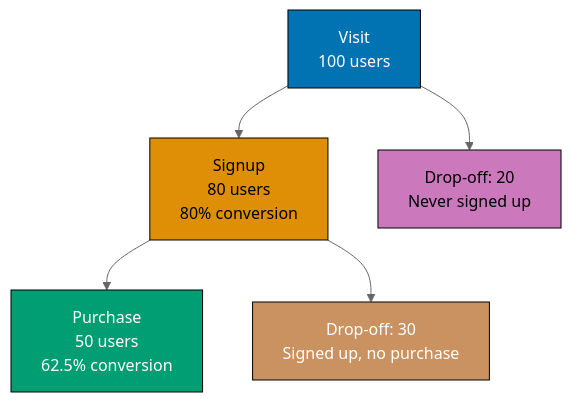
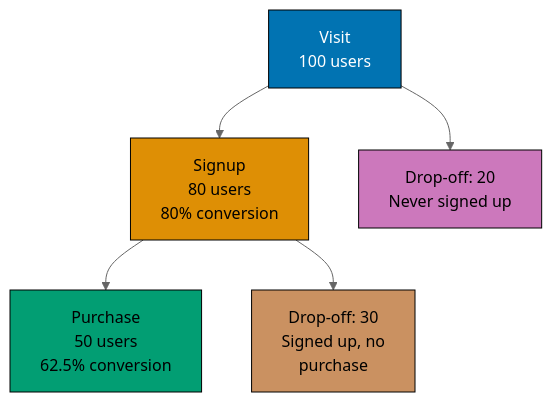
One commit to wahidyankf/ose-public changed the third of 10 diagrams in apps/ayokoding-www/content/en/learn/legacy/software-engineering/data/databases/sql/by-example/advanced.md. Above: the diagram before and after it, drawn with Mermaid (neutral theme). The commit also changed other lines of this file and 131 other files, not shown here.

First line of the commit message:
fix(mermaid): bring the legacy data, infrastructure, and testing diagrams onto the accessible palette

````diff
--- a/apps/ayokoding-www/content/en/learn/legacy/software-engineering/data/databases/sql/by-example/advanced.md
+++ b/apps/ayokoding-www/content/en/learn/legacy/software-engineering/data/databases/sql/by-example/advanced.md
@@ -318,20 +333,28 @@
 ```mermaid
 %% Color Palette: Blue #0173B2, Orange #DE8F05, Teal #029E73, Purple #CC78BC, Brown #CA9161
 graph TD
+    accTitle: Example 63: Funnel Analysis
+    accDescr: Graph with 5 nodes and 4 connections. Nodes: Visit 100 users, Signup 80 users 80 conversion, Purchase 50 users 62.5 conversion, Drop-off: 20 Never signed up, Drop-off: 30 Signed up, no purchase. Connections: Visit 100 users to Signup 80 users 80 conversion, Visit 100 users to Drop-off: 20 Never signed up, Signup 80 users 80 conversion to Purchase 50 users 62.5 conversion, Signup 80 users 80 conversion to Drop-off: 30 Signed up, no purchase.
     A["Visit<br/>100 users"]
     B["Signup<br/>80 users<br/>80% conversion"]
     C["Purchase<br/>50 users<br/>62.5% conversion"]
     D["Drop-off: 20<br/>Never signed up"]
-    E["Drop-off: 30<br/>Signed up, no purchase"]
+    E["Drop-off: 30<br/>Signed up, no<br/>purchase"]
 
     A --> B
     A --> D
     B --> C
     B --> E
 
-    style A fill:#0173B2,stroke:#000,color:#fff
-    style B fill:#DE8F05,stroke:#000,color:#000
-    style C fill:#029E73,stroke:#000,color:#fff
-    style D fill:#CC78BC,stroke:#000,color:#000
-    style E fill:#CA9161,stroke:#000,color:#fff
+    classDef pal-0173B2 fill:#0173B2,stroke:#000000,color:#FFFFFF
+    class A pal-0173B2
+    classDef pal-DE8F05 fill:#DE8F05,stroke:#000000,color:#000000
+    class B pal-DE8F05
+    classDef pal-029E73 fill:#029E73,stroke:#000000,color:#000000
+    class C pal-029E73
+    classDef pal-CC78BC fill:#CC78BC,stroke:#000000,color:#000000
+    class D pal-CC78BC
+    classDef pal-CA9161 fill:#CA9161,stroke:#000000,color:#000000
+    class E pal-CA9161
+    classDef default fill:#FFFFFF,stroke:#000000,color:#000000
 ```
````
